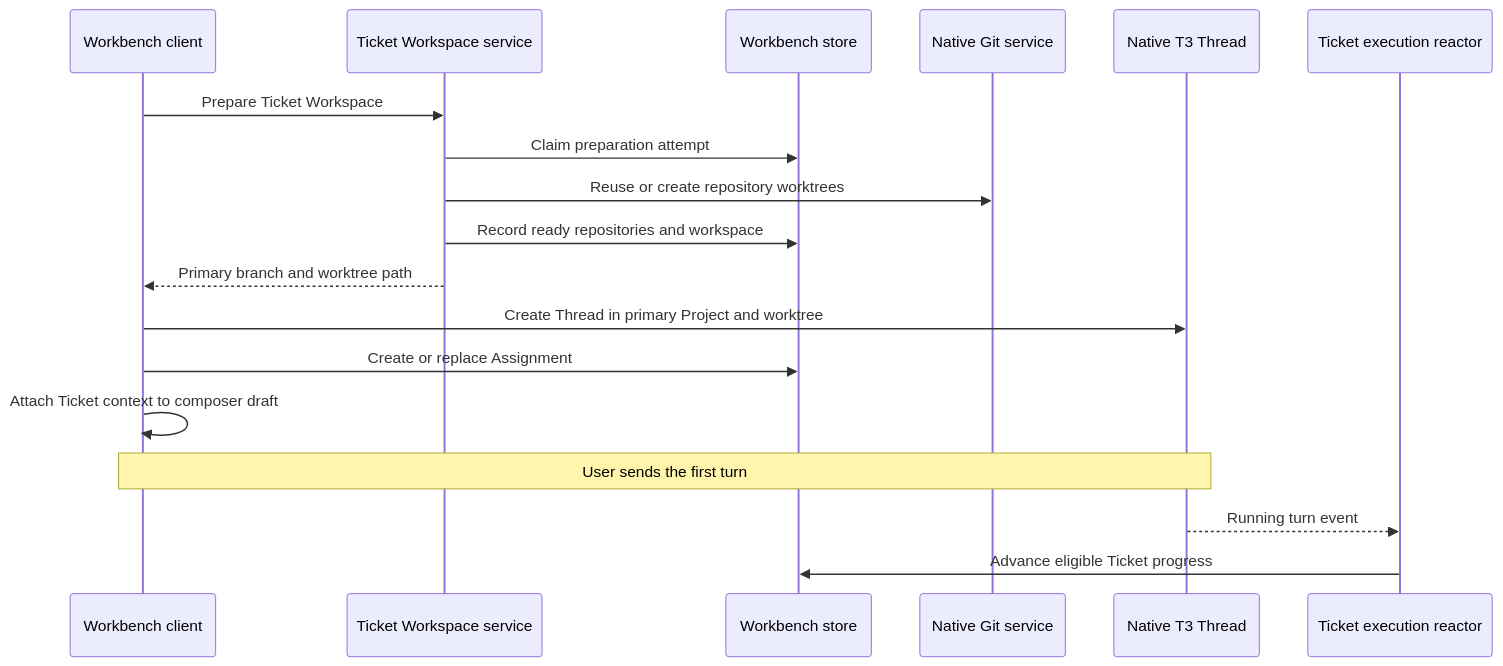
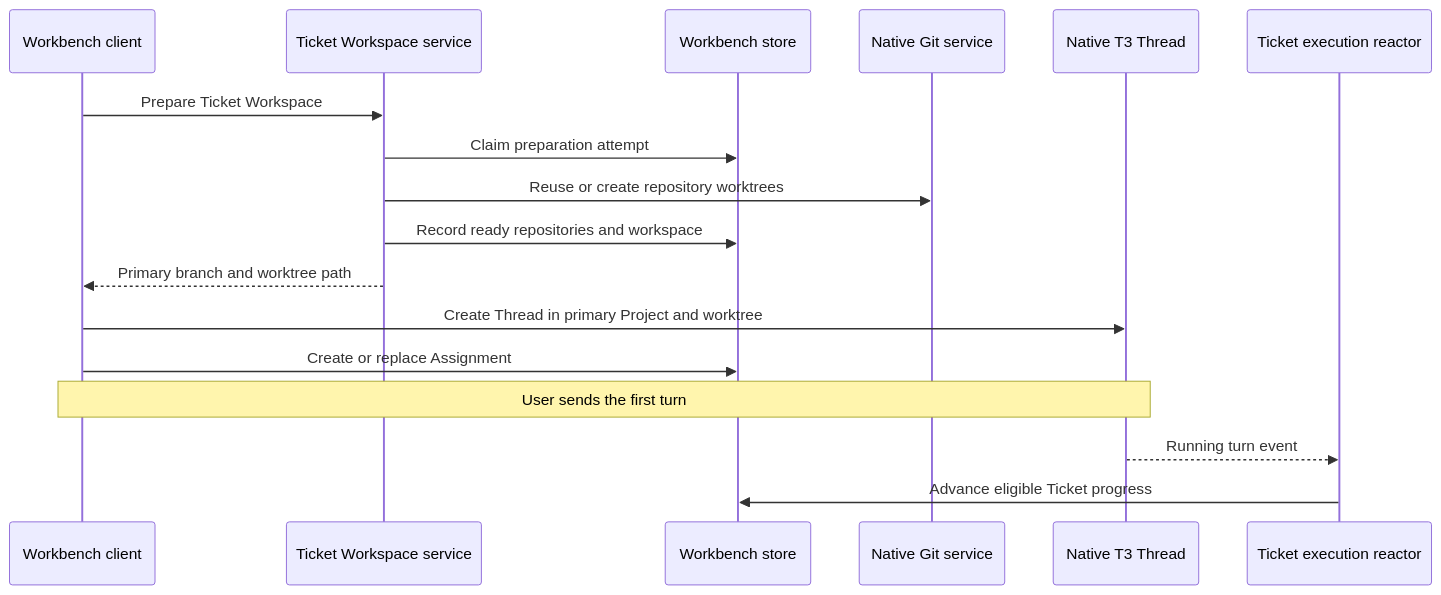
Before and after one commit to filipgutica/t3code: the diagram in docs/internals/workbench-ticket-lifecycle.md, drawn with Mermaid. The commit also changed other lines of this file and 131 other files, not shown here.

````diff
--- a/docs/internals/workbench-ticket-lifecycle.md
+++ b/docs/internals/workbench-ticket-lifecycle.md
@@ -7,20 +7,19 @@
 ```mermaid
 sequenceDiagram
     participant Client as Workbench client
     participant Workspace as Ticket Workspace service
     participant Store as Workbench store
     participant Git as Native Git service
     participant T3 as Native T3 Thread
     participant Execution as Ticket execution reactor
     Client->>Workspace: Prepare Ticket Workspace
     Workspace->>Store: Claim preparation attempt
     Workspace->>Git: Reuse or create repository worktrees
     Workspace->>Store: Record ready repositories and workspace
     Workspace-->>Client: Primary branch and worktree path
     Client->>T3: Create Thread in primary Project and worktree
     Client->>Store: Create or replace Assignment
-    Client->>Client: Attach Ticket context to composer draft
     Note over Client,T3: User sends the first turn
     T3-->>Execution: Running turn event
     Execution->>Store: Advance eligible Ticket progress
 ```
````
